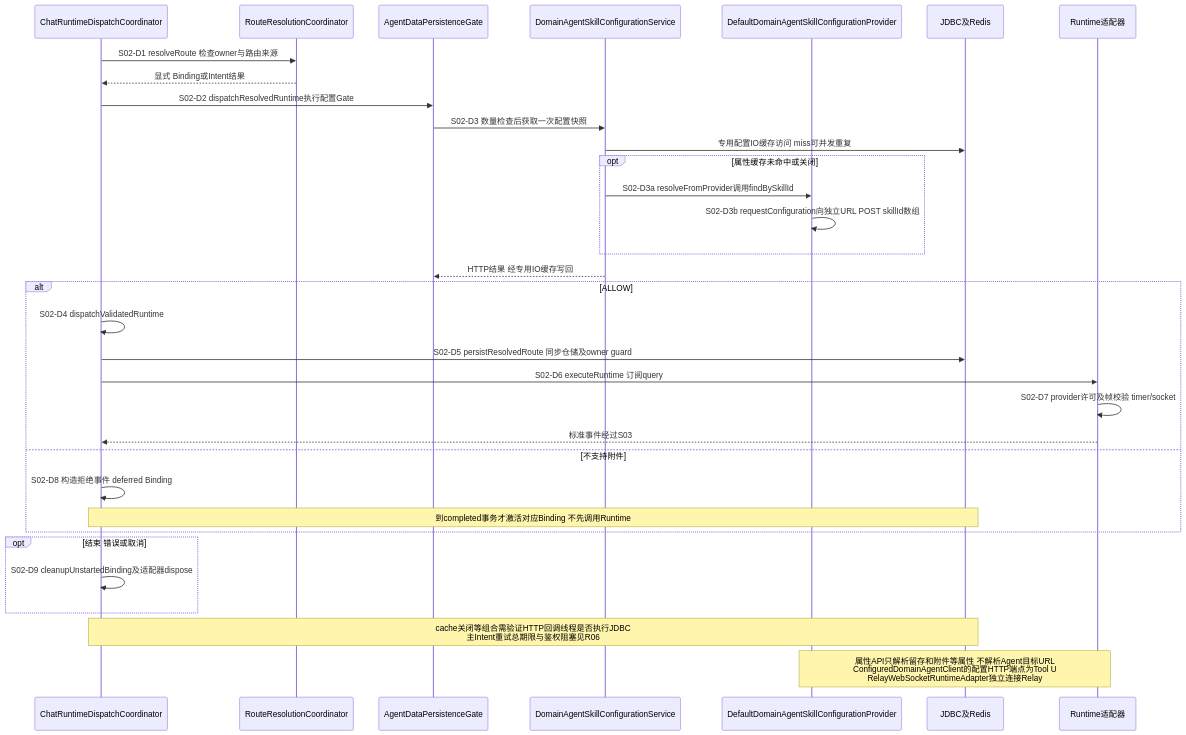
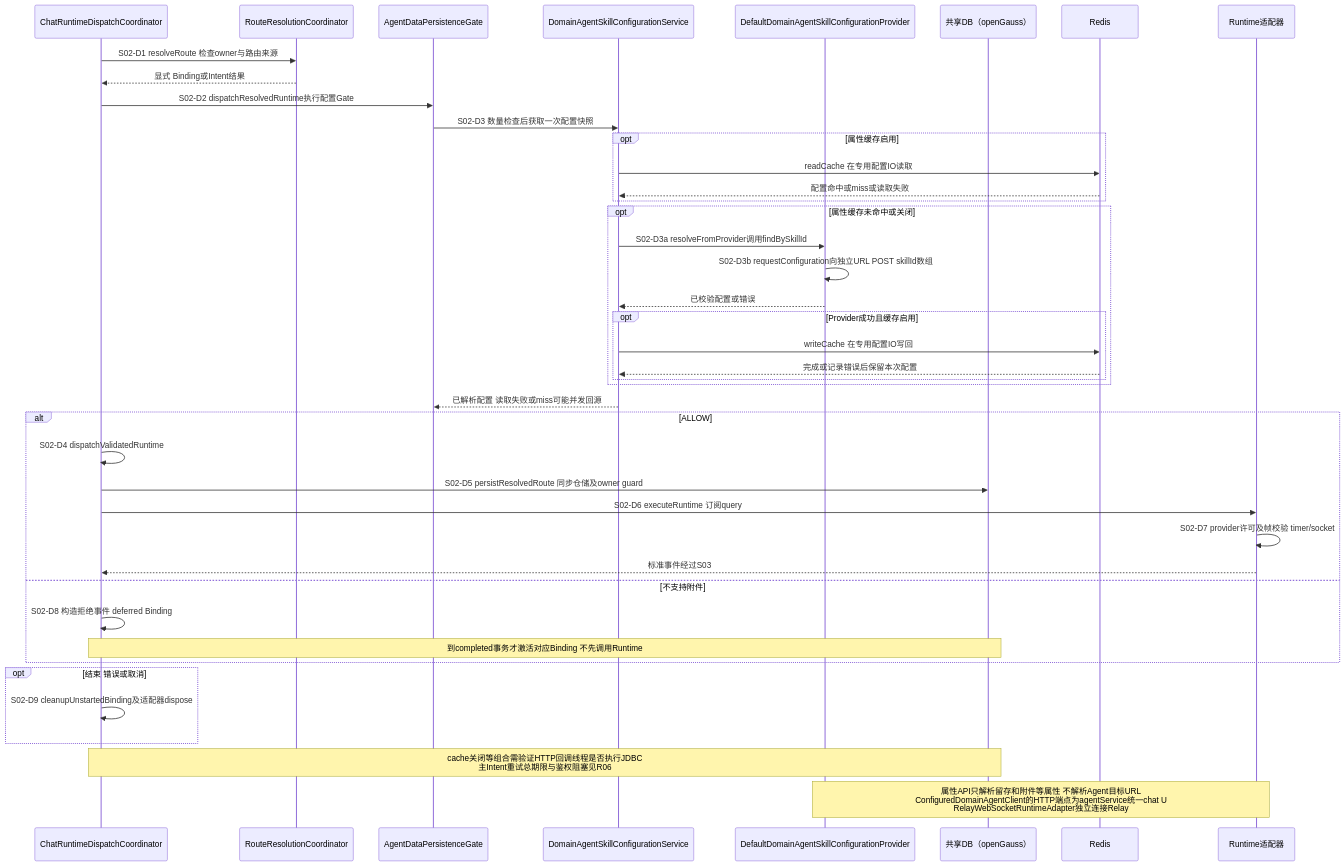
Before and after one commit to kunben-duck/exweb: the fourth of 24 diagrams in docs/architecture/high-availability/scenarios.md, drawn with Mermaid. The commit also changed other lines of this file and 9 other files, not shown here.

````diff
--- a/docs/architecture/high-availability/scenarios.md
+++ b/docs/architecture/high-availability/scenarios.md
@@ -189,35 +256,44 @@
 ```mermaid
 sequenceDiagram
     participant DIS as ChatRuntimeDispatchCoordinator
     participant RES as RouteResolutionCoordinator
     participant GATE as AgentDataPersistenceGate
     participant CFG as DomainAgentSkillConfigurationService
     participant PR as DefaultDomainAgentSkillConfigurationProvider
-    participant DB as JDBC及Redis
+    participant DB as 共享DB（openGauss）
+    participant REDIS as Redis
     participant AD as Runtime适配器
     DIS->>RES: S02-D1 resolveRoute 检查owner与路由来源
     RES-->>DIS: 显式 Binding或Intent结果
     DIS->>GATE: S02-D2 dispatchResolvedRuntime执行配置Gate
     GATE->>CFG: S02-D3 数量检查后获取一次配置快照
-    CFG->>DB: 专用配置IO缓存访问 miss可并发重复
+    opt 属性缓存启用
+        CFG->>REDIS: readCache 在专用配置IO读取
+        REDIS-->>CFG: 配置命中或miss或读取失败
+    end
     opt 属性缓存未命中或关闭
         CFG->>PR: S02-D3a resolveFromProvider调用findBySkillId
         PR->>PR: S02-D3b requestConfiguration向独立URL POST skillId数组
+        PR-->>CFG: 已校验配置或错误
+        opt Provider成功且缓存启用
+            CFG->>REDIS: writeCache 在专用配置IO写回
+            REDIS-->>CFG: 完成或记录错误后保留本次配置
+        end
     end
-    CFG-->>GATE: HTTP结果 经专用IO缓存写回
+    CFG-->>GATE: 已解析配置 读取失败或miss可能并发回源
     alt ALLOW
         DIS->>DIS: S02-D4 dispatchValidatedRuntime
         DIS->>DB: S02-D5 persistResolvedRoute 同步仓储及owner guard
         DIS->>AD: S02-D6 executeRuntime 订阅query
         AD->>AD: S02-D7 provider许可及帧校验 timer/socket
         AD-->>DIS: 标准事件经过S03
     else 不支持附件
         DIS->>DIS: S02-D8 构造拒绝事件 deferred Binding
         Note over DIS,DB: 到completed事务才激活对应Binding 不先调用Runtime
     end
     opt 结束 错误或取消
         DIS->>DIS: S02-D9 cleanupUnstartedBinding及适配器dispose
     end
     Note over DIS,DB: cache关闭等组合需验证HTTP回调线程是否执行JDBC<br/>主Intent重试总期限与鉴权阻塞见R06
-    Note over PR,AD: 属性API只解析留存和附件等属性 不解析Agent目标URL<br/>ConfiguredDomainAgentClient的配置HTTP端点为Tool U<br/>RelayWebSocketRuntimeAdapter独立连接Relay
+    Note over PR,AD: 属性API只解析留存和附件等属性 不解析Agent目标URL<br/>ConfiguredDomainAgentClient的HTTP端点为agentService统一chat U<br/>RelayWebSocketRuntimeAdapter独立连接Relay
 ```
````
